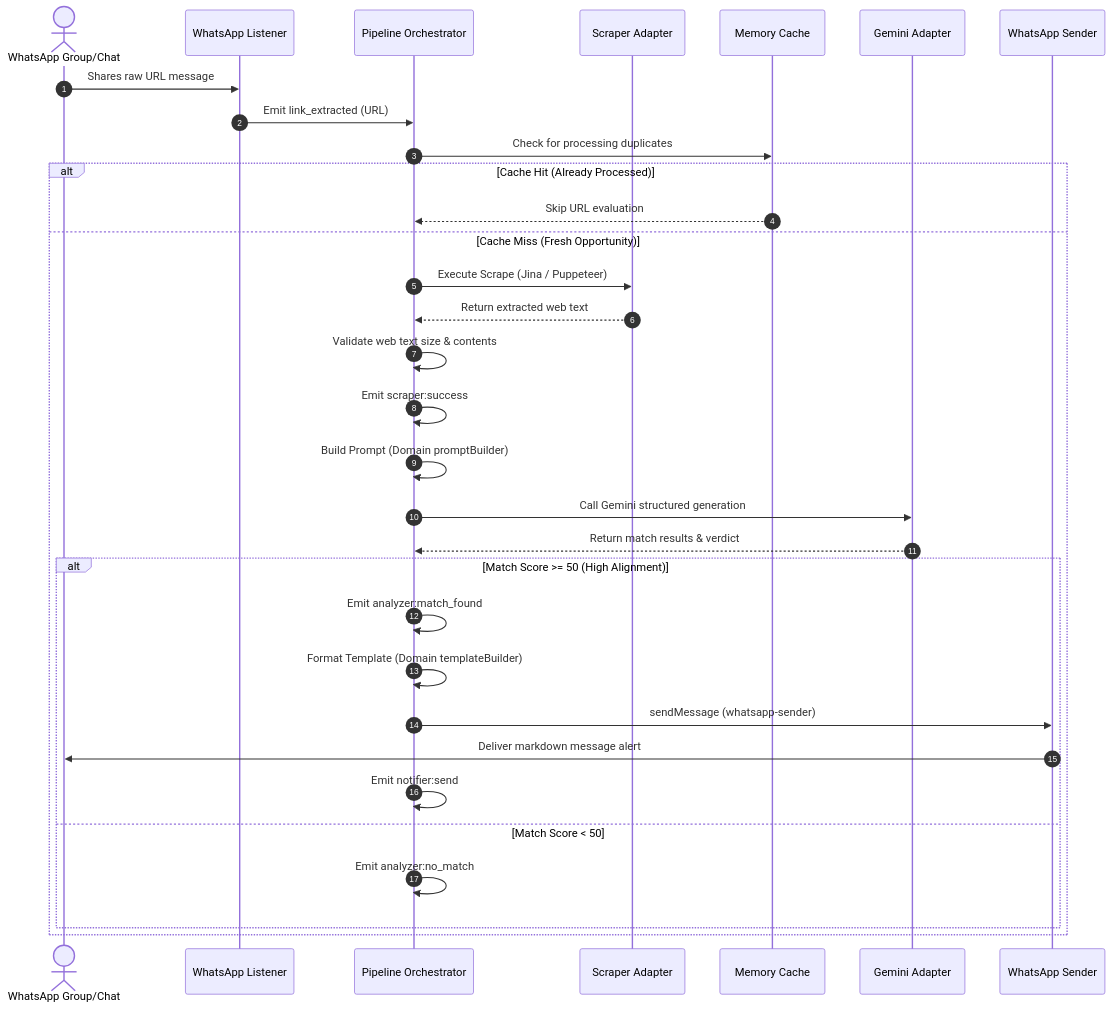
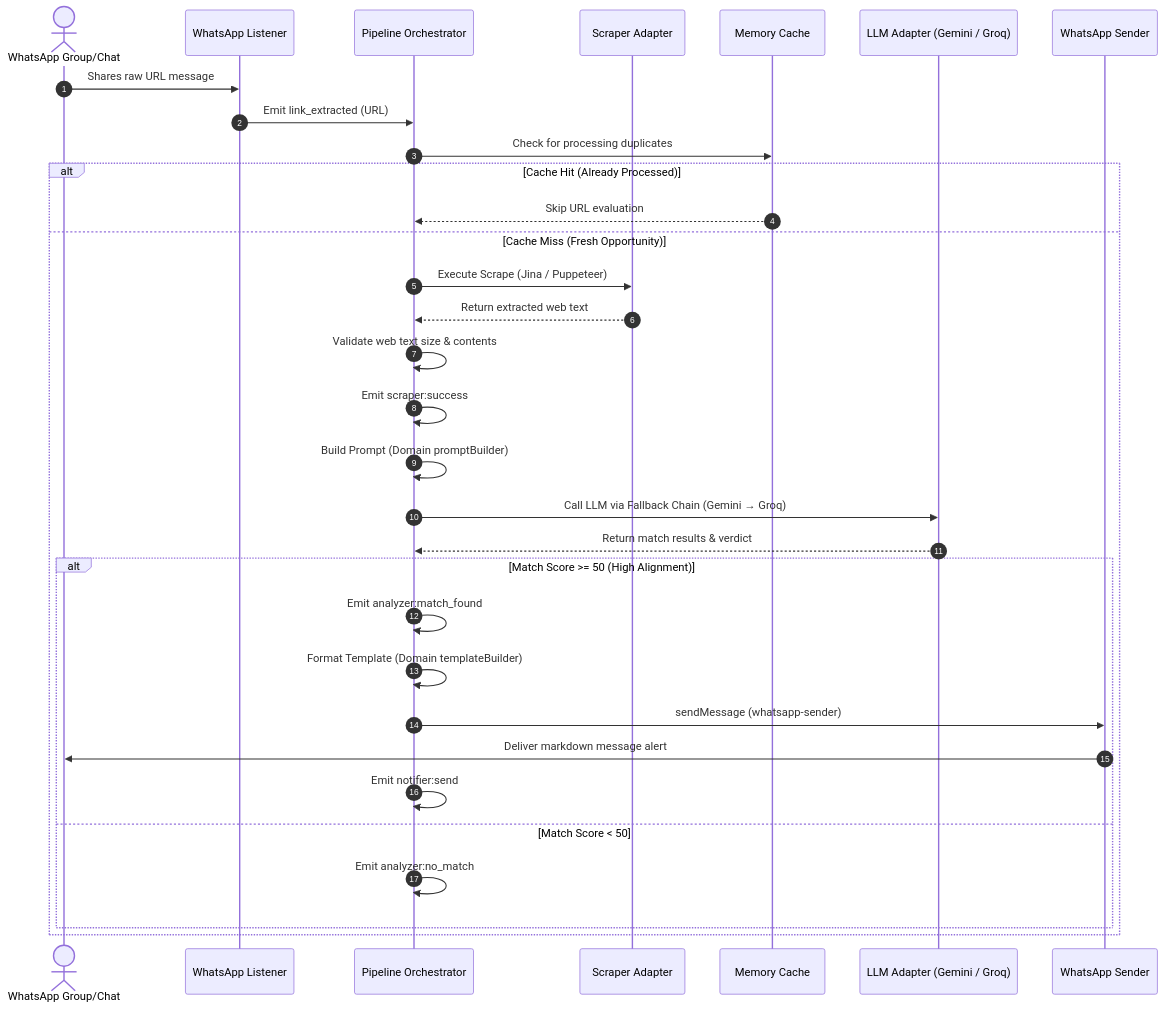
Before and after one commit to AhmadHassan-BTed/Noria: the second of 2 diagrams in README.md, drawn with Mermaid. The commit also changed other lines of this file, not shown here.

Commit message:
docs: update README diagrams - add Groq/LLM fallback chain, UI layer, and full repo tree

````diff
--- a/README.md
+++ b/README.md
@@ -105,35 +113,35 @@
 ```mermaid
 sequenceDiagram
     autonumber
     actor TargetChat as WhatsApp Group/Chat
     participant Listener as WhatsApp Listener
     participant Core as Pipeline Orchestrator
     participant Scraper as Scraper Adapter
     participant Cache as Memory Cache
-    participant Analyzer as Gemini Adapter
+    participant Analyzer as LLM Adapter (Gemini / Groq)
     participant Sender as WhatsApp Sender
 
     TargetChat->>Listener: Shares raw URL message
     Listener->>Core: Emit link_extracted (URL)
     Core->>Cache: Check for processing duplicates
     alt Cache Hit (Already Processed)
         Cache-->>Core: Skip URL evaluation
     else Cache Miss (Fresh Opportunity)
         Core->>Scraper: Execute Scrape (Jina / Puppeteer)
         Scraper-->>Core: Return extracted web text
         Core->>Core: Validate web text size & contents
         Core->>Core: Emit scraper:success
         Core->>Core: Build Prompt (Domain promptBuilder)
-        Core->>Analyzer: Call Gemini structured generation
+        Core->>Analyzer: Call LLM via Fallback Chain (Gemini → Groq)
         Analyzer-->>Core: Return match results & verdict
         alt Match Score >= 50 (High Alignment)
             Core->>Core: Emit analyzer:match_found
             Core->>Core: Format Template (Domain templateBuilder)
             Core->>Sender: sendMessage (whatsapp-sender)
             Sender->>TargetChat: Deliver markdown message alert
             Core->>Core: Emit notifier:send
         else Match Score < 50
             Core->>Core: Emit analyzer:no_match
         end
     end
 ```
````
